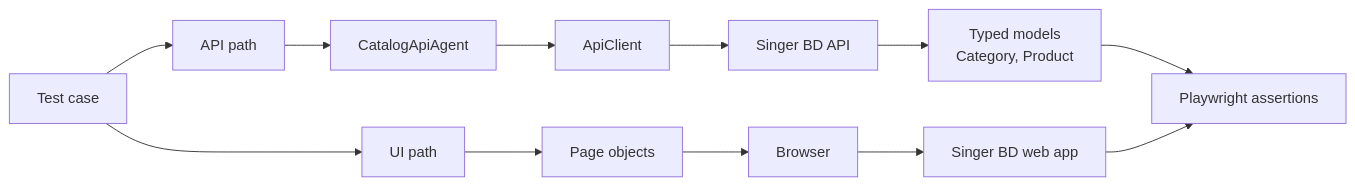
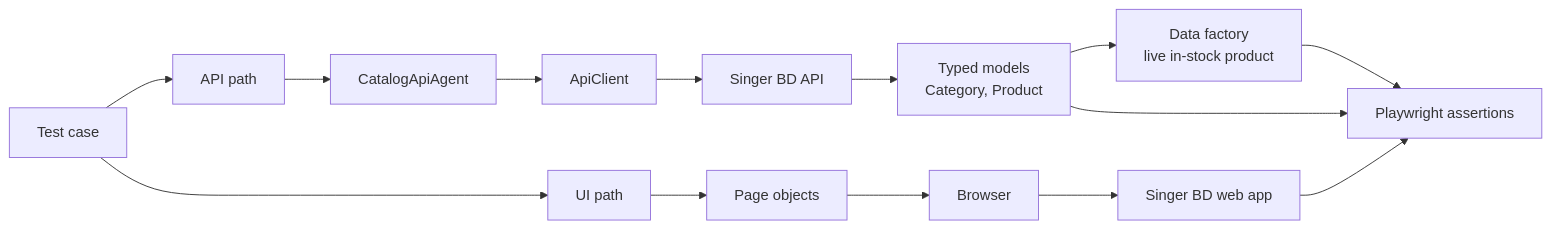
One commit to atiarmridul/Singer-Bangladesh-Website-Automation changed the fourth of 5 diagrams in docs/architecture.md. Above: the diagram before and after it, drawn with Mermaid. The commit also changed other lines of this file and 33 other files, not shown here.

````diff
--- a/docs/architecture.md
+++ b/docs/architecture.md
@@ -54,16 +62,18 @@
 ```mermaid
 flowchart LR
   TestCase["Test case"] --> UIPath["UI path"]
   UIPath --> PageObjects["Page objects"]
   PageObjects --> Browser["Browser"]
   Browser --> WebApp["Singer BD web app"]
 
   TestCase --> APIPath["API path"]
   APIPath --> Agent["CatalogApiAgent"]
   Agent --> Client["ApiClient"]
   Client --> API["Singer BD API"]
 
   API --> Models["Typed models<br/>Category, Product"]
+  Models --> DataFactory["Data factory<br/>live in-stock product"]
+  DataFactory --> Assertions
   Models --> Assertions["Playwright assertions"]
   WebApp --> Assertions
 ```
````
